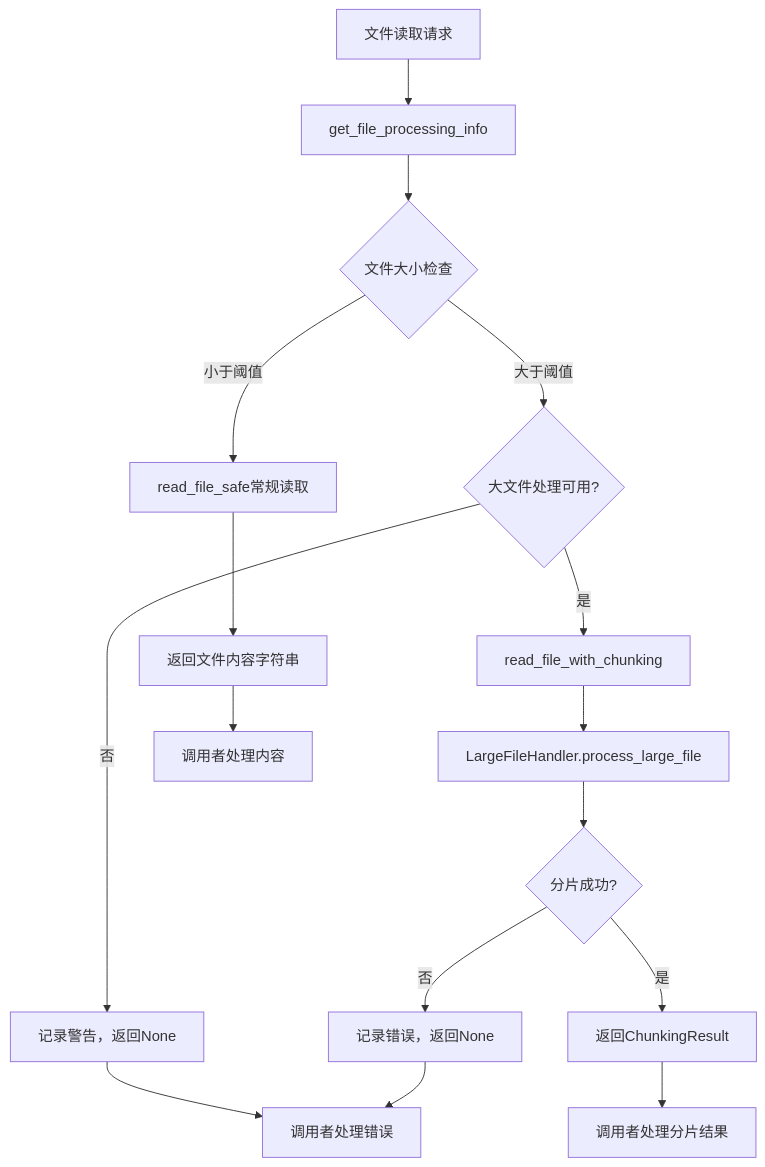
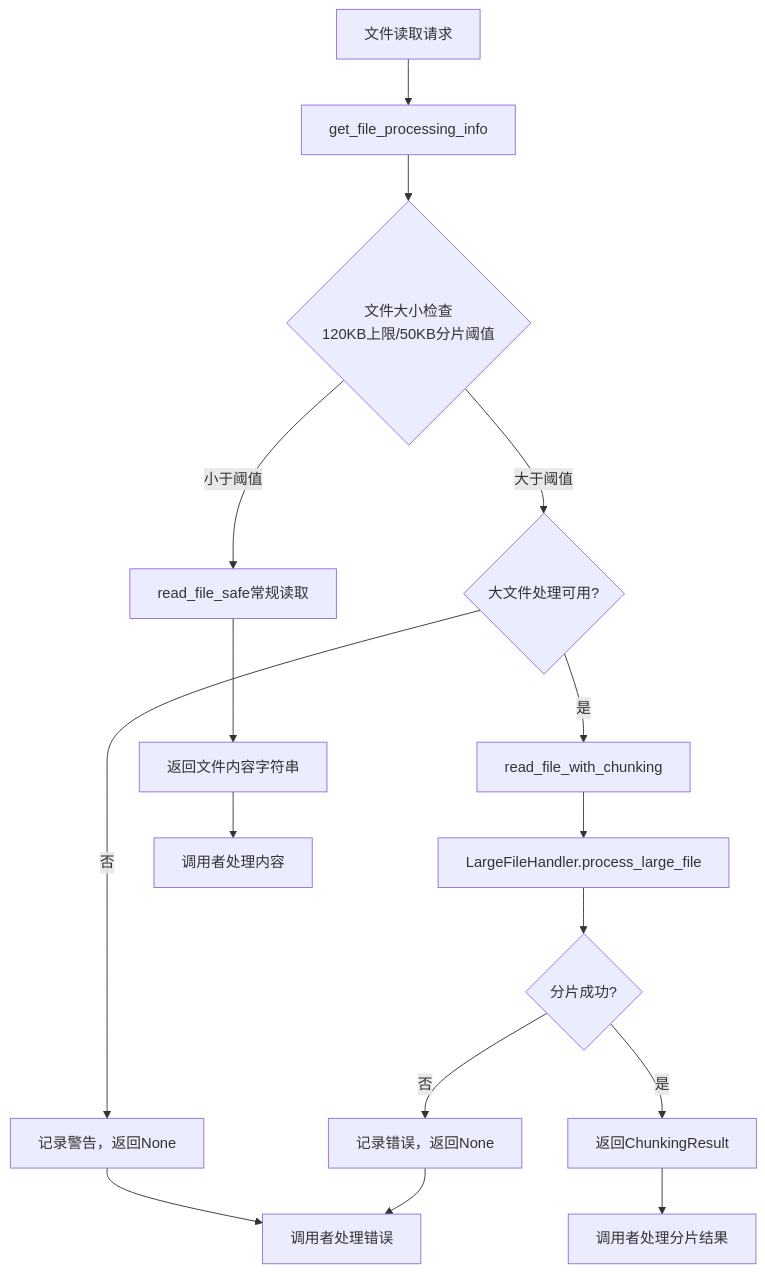
The first of 3 diagrams in docs/files/summaries/src/services/file_service.py.md (MGX-LJY/CodeLens), drawn with Mermaid before and after one commit. The commit also changed other lines of this file and 15 other files, not shown here.

````diff
--- a/docs/files/summaries/src/services/file_service.py.md
+++ b/docs/files/summaries/src/services/file_service.py.md
@@ -123,20 +131,20 @@
 ```mermaid
 graph TD
     A[文件读取请求] --> B[get_file_processing_info]
-    B --> C{文件大小检查}
+    B --> C{文件大小检查\n120KB上限/50KB分片阈值}
     C -->|小于阈值| D[read_file_safe常规读取]
     C -->|大于阈值| E{大文件处理可用?}
     E -->|否| F[记录警告，返回None]
     E -->|是| G[read_file_with_chunking]
     
     G --> H[LargeFileHandler.process_large_file]
     H --> I{分片成功?}
     I -->|是| J[返回ChunkingResult]
     I -->|否| K[记录错误，返回None]
     
     D --> L[返回文件内容字符串]
     F --> M[调用者处理错误]
     J --> N[调用者处理分片结果]
     K --> M
     L --> O[调用者处理内容]
 ```
````
